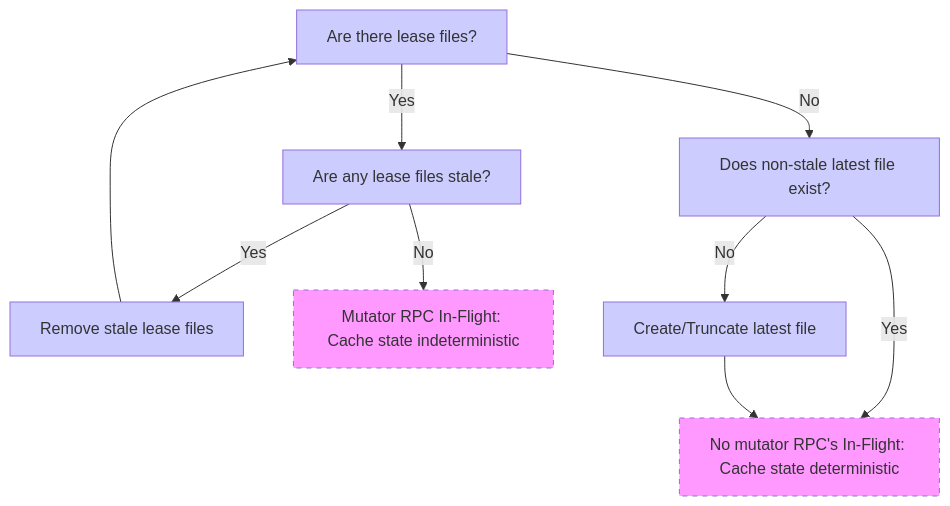
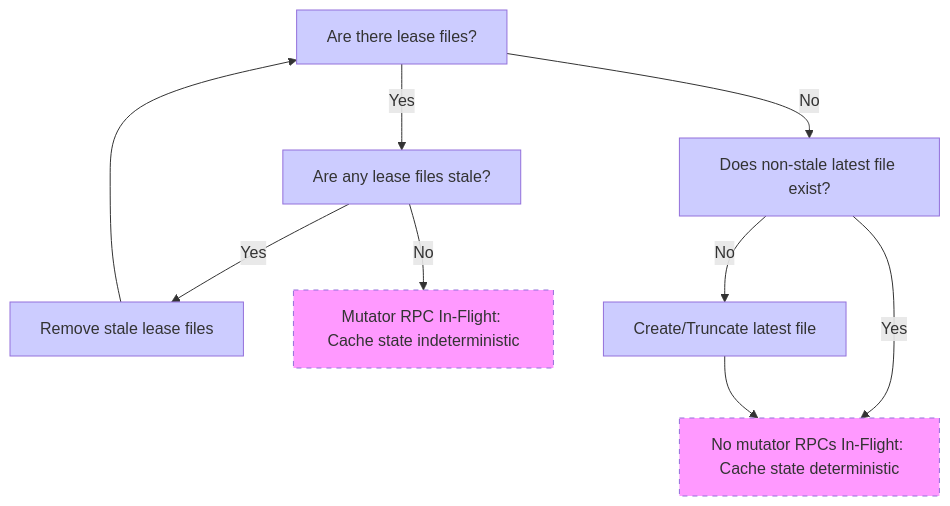
Before and after one commit to qeesung/gitaly: the diagram in doc/design_diskcache.md, drawn with Mermaid. The commit also changed other lines of this file, not shown here.

````diff
--- a/doc/design_diskcache.md
+++ b/doc/design_diskcache.md
@@ -60,19 +60,19 @@
 ```mermaid
 graph TD;
     A[Are there lease files?]-->|Yes|B;
     A-->|No|C;
     B[Are any lease files stale?]-->|Yes|D;
     B-->|No|E;
     C[Does non-stale latest file exist?]-->|Yes|F;
     C-->|No|G;
     D[Remove stale lease files]-->A;
     E[Mutator RPC In-Flight: Cache state indeterministic]
-    F[No mutator RPC's In-Flight: Cache state deterministic]
+    F[No mutator RPCs In-Flight: Cache state deterministic]
     G[Create/Truncate latest file]-->F
 
     classDef nonfinal fill:#ccf,stroke-width;
     classDef final fill:#f9f,stroke-dasharray: 5, 5;
 
     class A,B,C,D,G nonfinal;
     class E,F final;
 ```
````
